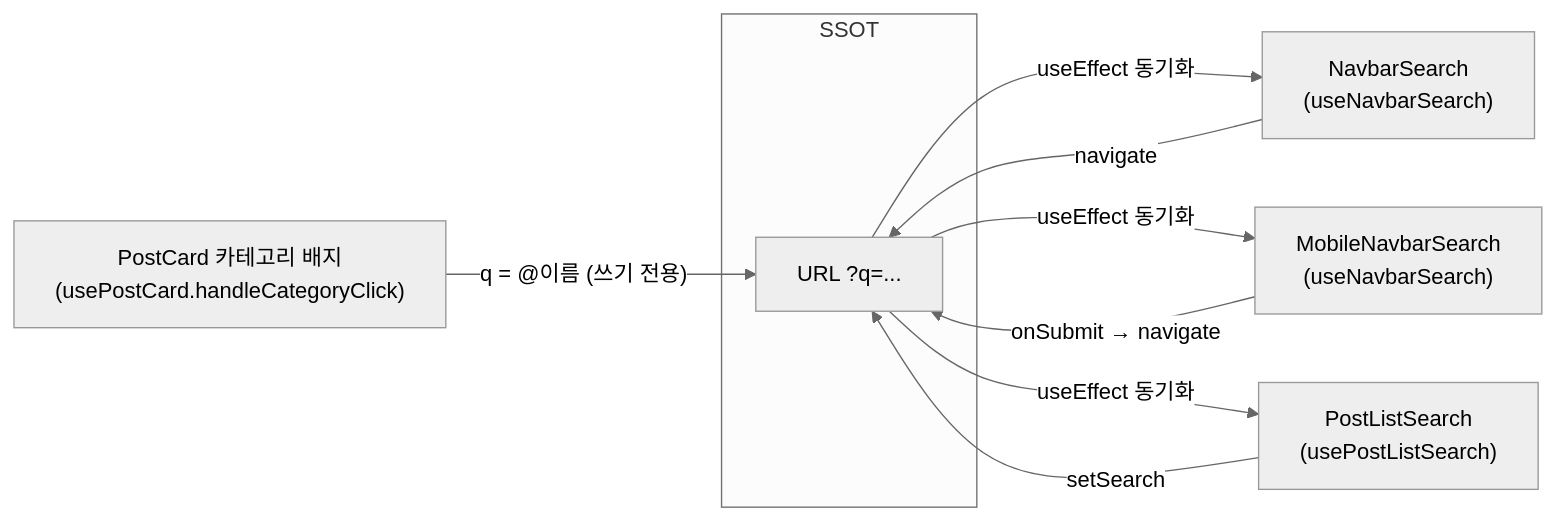
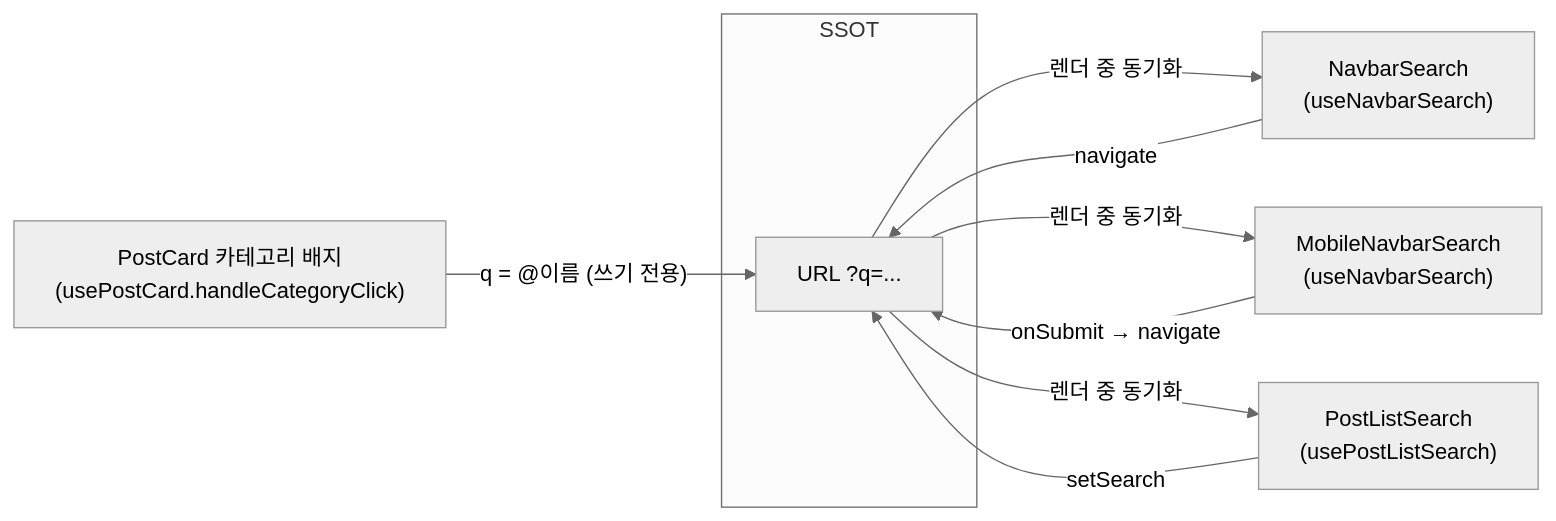
The second of 2 diagrams in docs/SEARCH.md (BAECHAN/link-sphere_FE_NEW), drawn with Mermaid (neutral theme) before and after one commit. The commit also changed other lines of this file and 43 other files, not shown here.

````diff
--- a/docs/SEARCH.md
+++ b/docs/SEARCH.md
@@ -94,13 +95,13 @@
 ```mermaid
 flowchart LR
   subgraph "SSOT"
     Q["URL ?q=..."]
   end
   NavbarSearch["NavbarSearch<br/>(useNavbarSearch)"] -->|"navigate"| Q
-  Q -->|"useEffect 동기화"| NavbarSearch
+  Q -->|"렌더 중 동기화"| NavbarSearch
   MobileNavbarSearch["MobileNavbarSearch<br/>(useNavbarSearch)"] -->|"onSubmit → navigate"| Q
-  Q -->|"useEffect 동기화"| MobileNavbarSearch
+  Q -->|"렌더 중 동기화"| MobileNavbarSearch
   PostListSearch["PostListSearch<br/>(usePostListSearch)"] -->|"setSearch"| Q
-  Q -->|"useEffect 동기화"| PostListSearch
+  Q -->|"렌더 중 동기화"| PostListSearch
   PostCard["PostCard 카테고리 배지<br/>(usePostCard.handleCategoryClick)"] -->|"q = @이름 (쓰기 전용)"| Q
 ```
````
